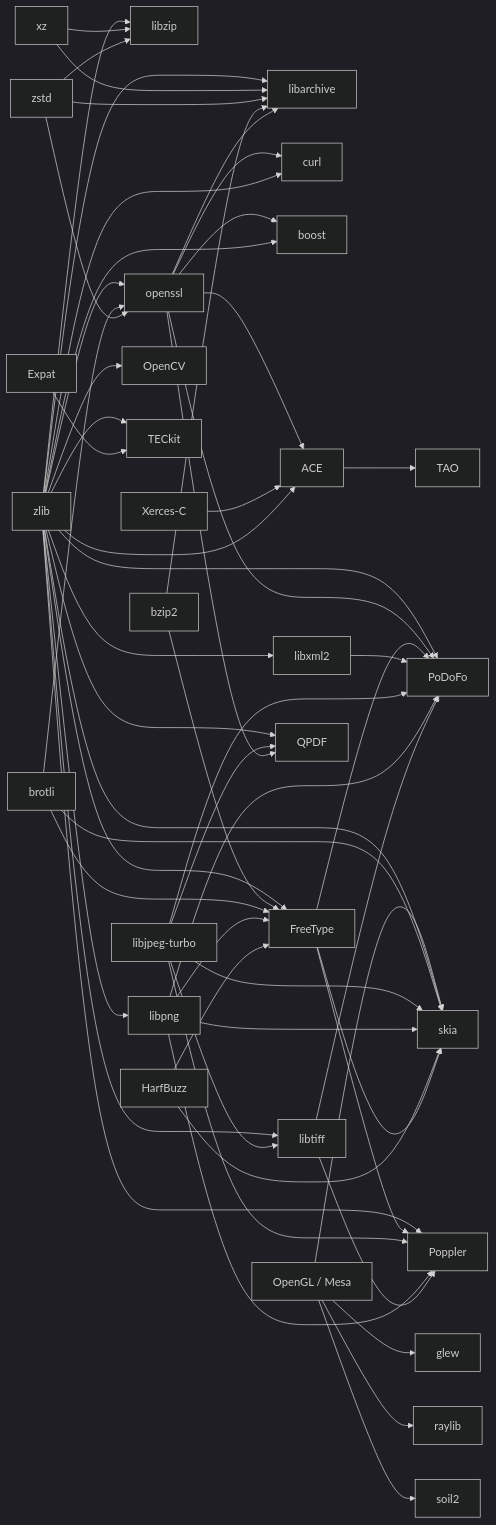
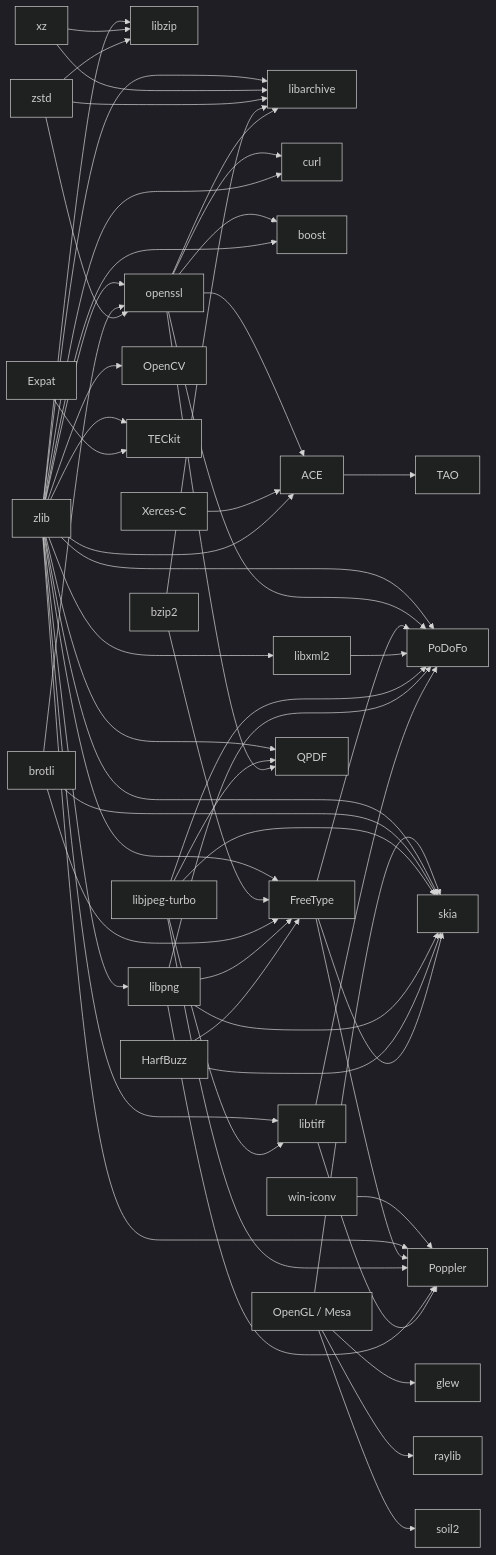
The diagram in admin/server-docs/libraries.md (adeccscholar/BuildEngine-Admin), drawn with Mermaid (dark theme) before and after one commit. The commit also changed other lines of this file, not shown here.

Commit message:
Document win-iconv and first PDF stack evidence

````diff
--- a/admin/server-docs/libraries.md
+++ b/admin/server-docs/libraries.md
@@ -27,74 +27,75 @@
 ```mermaid
 flowchart LR
    zlib --> libzip
    xz --> libzip
    zstd --> libzip
 
    zlib --> libarchive
    xz --> libarchive
    zstd --> libarchive
    bzip2 --> libarchive
    openssl --> libarchive
 
    zlib --> openssl
    brotli --> openssl
    zstd --> openssl
 
    openssl --> curl
    zlib --> curl
 
    openssl --> boost
    zlib --> boost
 
    openssl --> ace[ACE]
    xerces[Xerces-C] --> ace
    zlib --> ace
    ace --> tao[TAO]
 
    opengl[OpenGL / Mesa] --> glew
    opengl --> raylib
    opengl --> soil2
 
    zlib --> libpng
    zlib --> libtiff
    jpeg[libjpeg-turbo] --> libtiff
 
    zlib --> freetype[FreeType]
    bzip2 --> freetype
    brotli --> freetype
    libpng --> freetype
    harfbuzz[HarfBuzz] --> freetype
 
    opengl --> skia
    zlib --> skia
    brotli --> skia
    jpeg --> skia
    libpng --> skia
    harfbuzz --> skia
    freetype --> skia
 
    zlib --> opencv[OpenCV]
 
    zlib --> teckit[TECkit]
    expat[Expat] --> teckit
 
+   winiconv[win-iconv] --> poppler
    zlib --> libxml2[libxml2]
 
    zlib --> qpdf[QPDF]
    jpeg --> qpdf
    openssl --> qpdf
 
    zlib --> podofo[PoDoFo]
    openssl --> podofo
    freetype --> podofo
    libxml2 --> podofo
    jpeg --> podofo
    libpng --> podofo
    libtiff --> podofo
 
    zlib --> poppler[Poppler]
    freetype --> poppler
    jpeg --> poppler
    libpng --> poppler
    libtiff --> poppler
 ```
````
